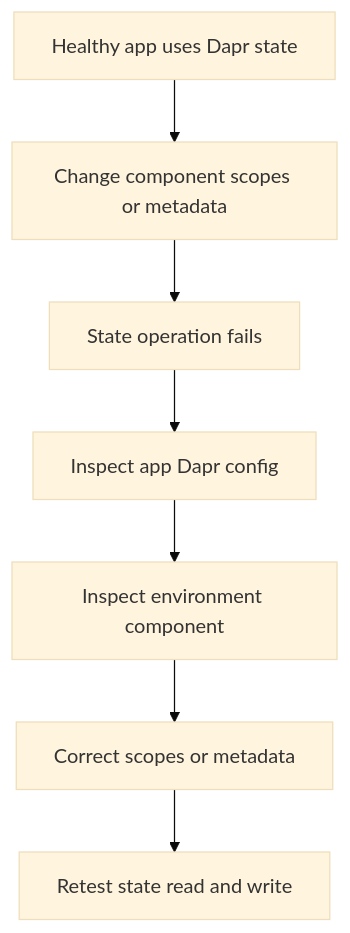
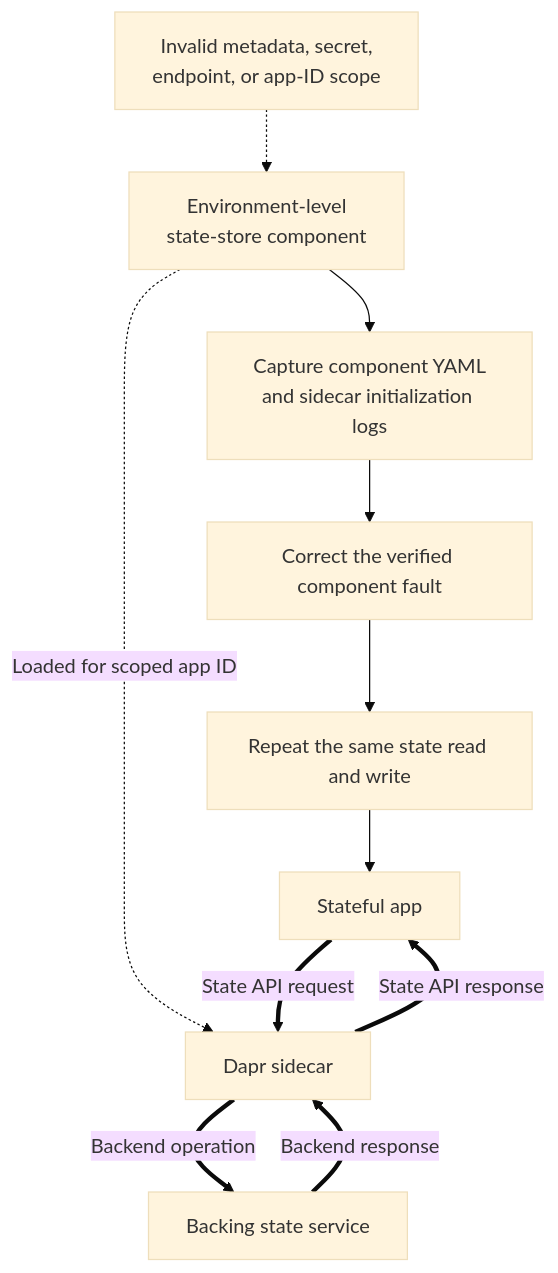
The diagram in docs/troubleshooting/lab-guides/dapr-state-store-failure.md (yeongseon/azure-container-apps-practical-guide), drawn with Mermaid (base theme) before and after one commit. The commit also changed other lines of this file and 19 other files, not shown here.

First line of the commit message:
docs(diagrams): migrate remaining troubleshooting diagrams (#629)

````diff
--- a/docs/troubleshooting/lab-guides/dapr-state-store-failure.md
+++ b/docs/troubleshooting/lab-guides/dapr-state-store-failure.md
@@ -52,9 +52,25 @@
 ```mermaid
 flowchart TD
-    A[Healthy app uses Dapr state] --> B[Change component scopes or metadata]
-    B --> C[State operation fails]
-    C --> D[Inspect app Dapr config]
-    D --> E[Inspect environment component]
-    E --> F[Correct scopes or metadata]
-    F --> G[Retest state read and write]
+    accTitle: Test Dapr state-store component recovery
+    accDescr: Trace a state request from the app through its Dapr sidecar and environment component to the backing store, then correct the scoped component fault and repeat the same read and write.
+
+    APP[Stateful app]
+    SIDECAR[Dapr sidecar]
+    COMPONENT[Environment-level<br/>state-store component]
+    STORE[Backing state service]
+    FAULT[Invalid metadata, secret,<br/>endpoint, or app-ID scope]
+    EVIDENCE[Capture component YAML<br/>and sidecar initialization logs]
+    FIX[Correct the verified component fault]
+    RETEST[Repeat the same state read and write]
+
+    APP ==>|State API request| SIDECAR
+    COMPONENT -.->|Loaded for scoped app ID| SIDECAR
+    SIDECAR ==>|Backend operation| STORE
+    STORE ==>|Backend response| SIDECAR
+    SIDECAR ==>|State API response| APP
+    FAULT -.-> COMPONENT
+    COMPONENT --> EVIDENCE
+    EVIDENCE --> FIX
+    FIX --> RETEST
+    RETEST --> APP
 ```
````
